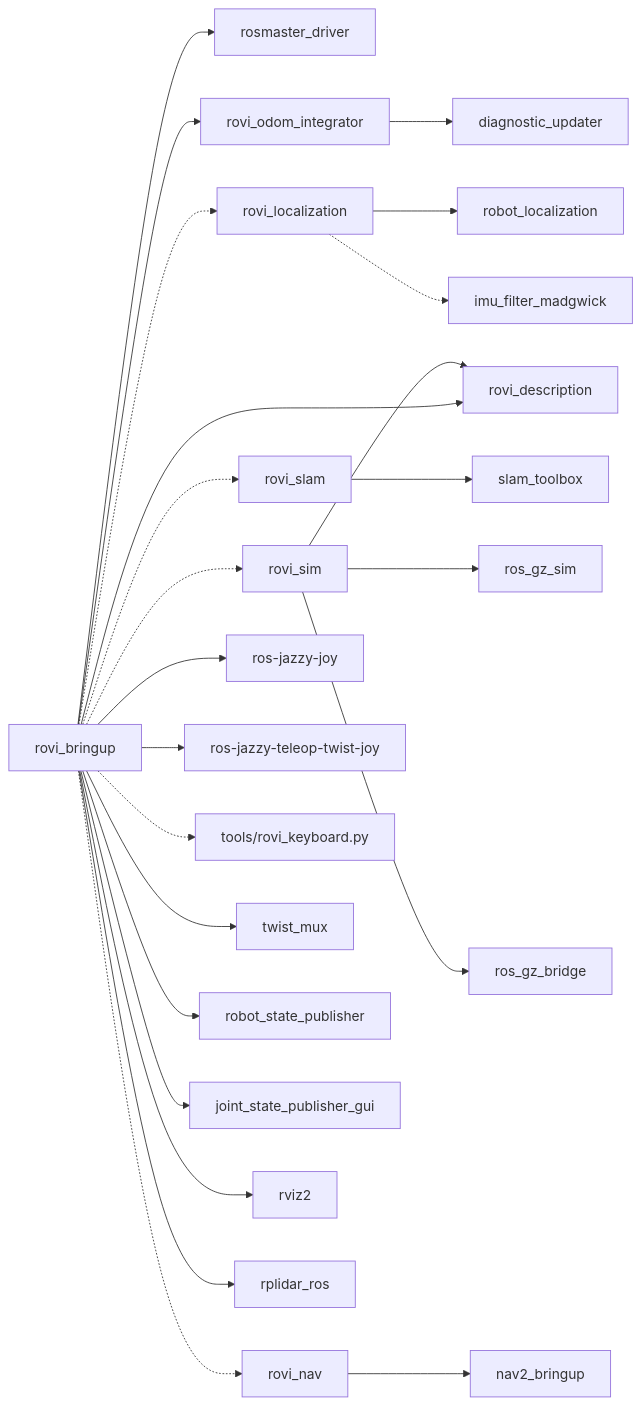
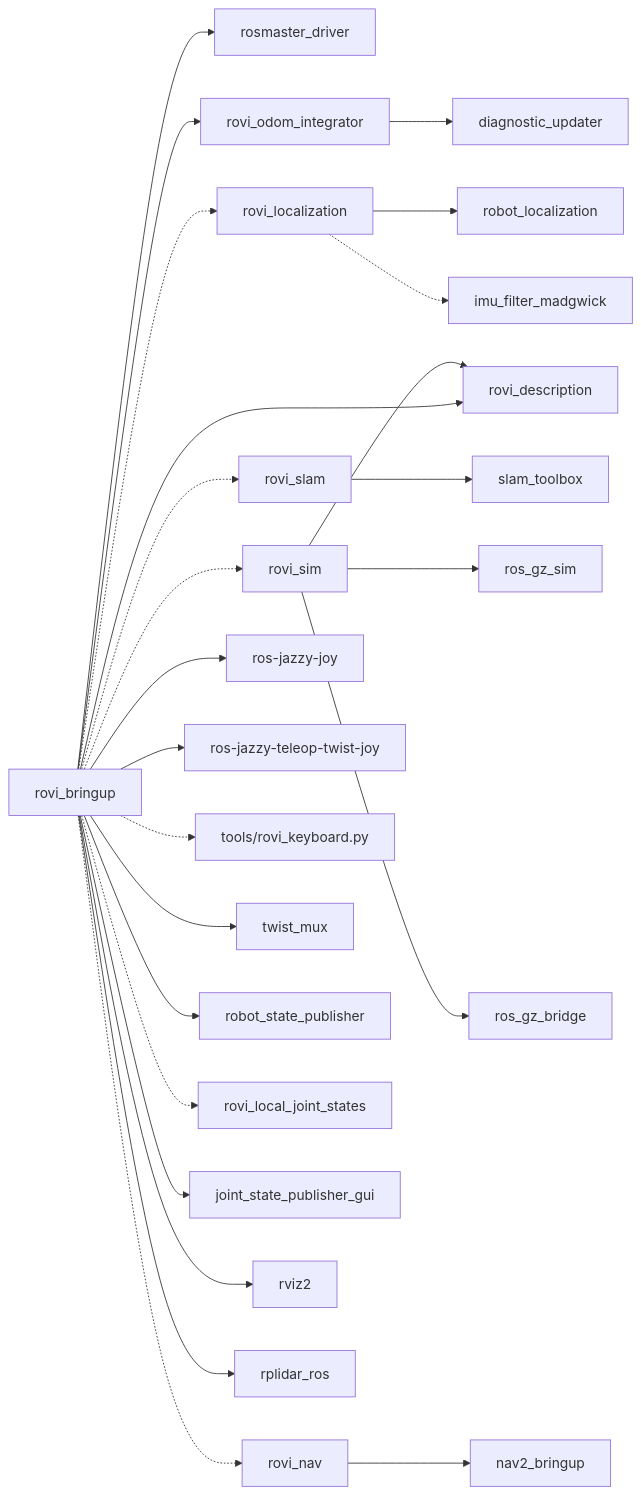
Before and after one commit to Roblibs/rovi_ros_ws: diagram 12 of 12 in README.md, drawn with Mermaid. The commit also changed other lines of this file and 4 other files, not shown here.

````diff
--- a/README.md
+++ b/README.md
@@ -392,58 +399,60 @@
 ```mermaid
 flowchart LR
     RoviBringup[rovi_bringup]
     RoviDesc[rovi_description]
     Rosmaster[rosmaster_driver]
     RoviOdom[rovi_odom_integrator]
     RoviLoc[rovi_localization]
     RoviSlam[rovi_slam]
     RoviNav[rovi_nav]
     RoviSim[rovi_sim]
 
   
   Joy[ros-jazzy-joy]
   Teleop[ros-jazzy-teleop-twist-joy]
   TeleopKey[tools/rovi_keyboard.py]
   TwistMux[twist_mux]
   RSP[robot_state_publisher]
+  LocalJoints[rovi_local_joint_states]
   JSPG[joint_state_publisher_gui]
   RVIZ[rviz2]
   Diag[diagnostic_updater]
   RPLidar[rplidar_ros]
   RosGzSim[ros_gz_sim]
   RosGzBridge[ros_gz_bridge]
   
   EKF[robot_localization]
   ImuFilter[imu_filter_madgwick]
   SlamToolbox[slam_toolbox]
 
   Nav2[nav2_bringup]
 
   RoviBringup --> RoviDesc
   RoviBringup --> Rosmaster
   RoviBringup --> RoviOdom
   RoviBringup -.-> RoviLoc
   RoviBringup -.-> RoviSlam
   RoviBringup --> Joy
   RoviBringup --> Teleop
   RoviBringup -.-> TeleopKey
   RoviBringup --> TwistMux
   RoviBringup --> RSP
+  RoviBringup -.-> LocalJoints
   RoviBringup --> JSPG
   RoviBringup --> RVIZ
   RoviBringup --> RPLidar
   RoviBringup -.-> RoviSim
   RoviBringup -.-> RoviNav
 
   RoviSim --> RosGzSim
   RoviSim --> RosGzBridge
   RoviSim --> RoviDesc
 
   RoviOdom --> Diag
 
   RoviLoc --> EKF
   RoviLoc -.-> ImuFilter
   RoviSlam --> SlamToolbox
   RoviNav --> Nav2
 
 ```
````
